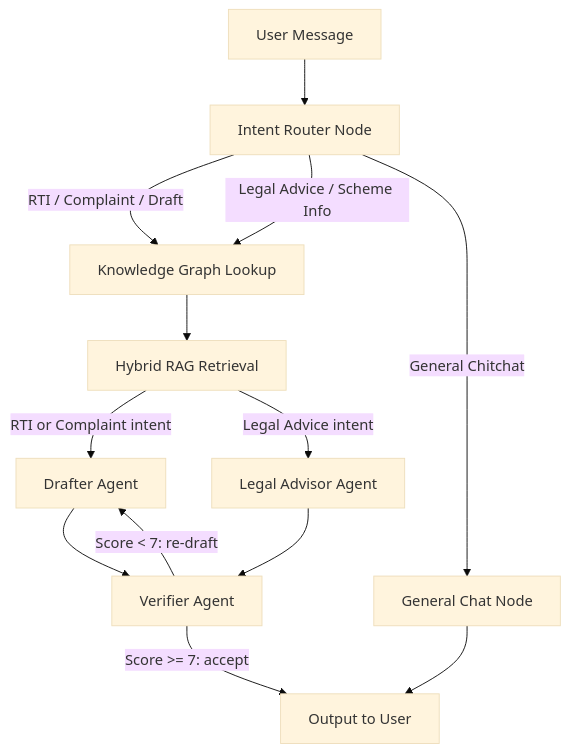
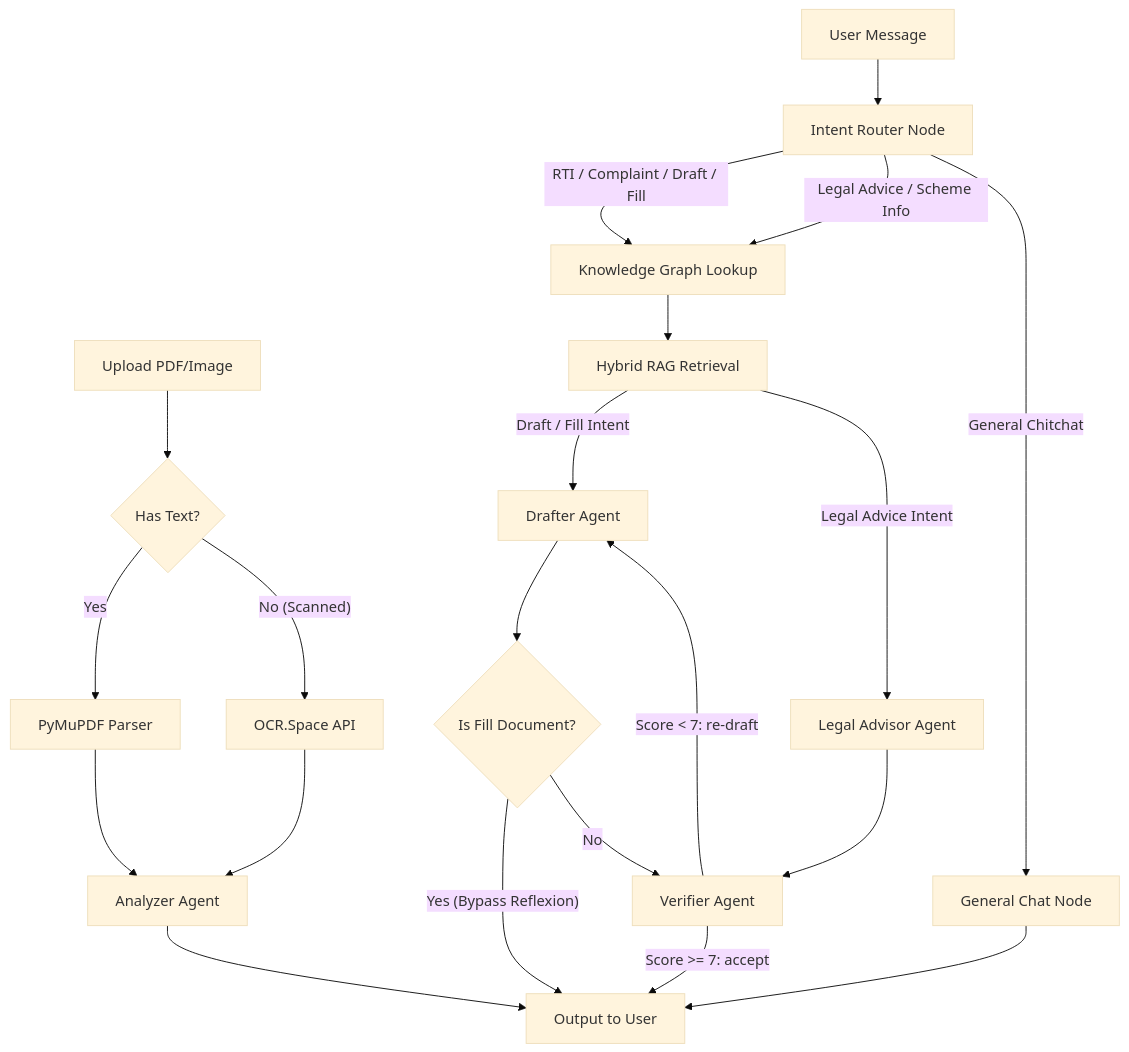
One commit to Manas8112/Jansathi changed the diagram in README.md. Above: the diagram before and after it, drawn with Mermaid (base theme).

Commit message:
Update architecture diagram to include Document Processing and Reflexion Bypass

````diff
--- a/README.md
+++ b/README.md
@@ -28,20 +28,32 @@
 ```mermaid
 graph TD
+    %% Document Upload Pipeline
+    Doc["Upload PDF/Image"] --> OCR{"Has Text?"}
+    OCR -->|"Yes"| PyMuPDF["PyMuPDF Parser"]
+    OCR -->|"No (Scanned)"| OCRAPI["OCR.Space API"]
+    PyMuPDF --> Analyzer["Analyzer Agent"]
+    OCRAPI --> Analyzer
+    Analyzer --> I["Output to User"]
+
+    %% Chat Pipeline
     A["User Message"] --> B["Intent Router Node"]
     
-    B -->|"RTI / Complaint / Draft"| C["Knowledge Graph Lookup"]
+    B -->|"RTI / Complaint / Draft / Fill"| C["Knowledge Graph Lookup"]
     B -->|"Legal Advice / Scheme Info"| C
     B -->|"General Chitchat"| G["General Chat Node"]
     
     C --> D["Hybrid RAG Retrieval"]
     
-    D -->|"RTI or Complaint intent"| E["Drafter Agent"]
-    D -->|"Legal Advice intent"| F["Legal Advisor Agent"]
+    D -->|"Draft / Fill Intent"| E["Drafter Agent"]
+    D -->|"Legal Advice Intent"| F["Legal Advisor Agent"]
     
-    E --> H["Verifier Agent"]
+    E --> VCheck{"Is Fill Document?"}
+    VCheck -->|"Yes (Bypass Reflexion)"| I
+    VCheck -->|"No"| H["Verifier Agent"]
+    
     F --> H
     
     H -->|"Score < 7: re-draft"| E
-    H -->|"Score >= 7: accept"| I["Output to User"]
+    H -->|"Score >= 7: accept"| I
     G --> I
 ```
````
